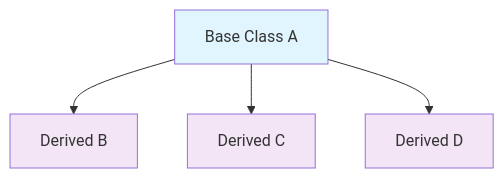
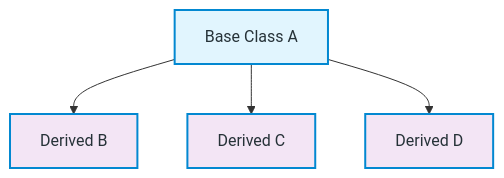
Before and after one commit to joyandrew-github/DSA_CPP: the fourth of 9 diagrams in OOPS/Inheritance/Inheritance_Types_Complete_Guide.md, drawn with Mermaid. The commit also changed other lines of this file, not shown here.

First line of the commit message:
docs: fix mermaid diagram colors for visibility

````diff
--- a/OOPS/Inheritance/Inheritance_Types_Complete_Guide.md
+++ b/OOPS/Inheritance/Inheritance_Types_Complete_Guide.md
@@ -170,10 +187,12 @@
 ```mermaid
 graph TD
     A[Base Class A] --> B[Derived B]
     A --> C[Derived C]
     A --> D[Derived D]
-    style A fill:#e1f5fe
-    style B fill:#f3e5f5
-    style C fill:#f3e5f5
-    style D fill:#f3e5f5
+    
+    classDef baseClass fill:#E1F5FE,color:#263238,stroke:#0288D1,stroke-width:2px
+    classDef derivedClass fill:#F3E5F5,color:#263238,stroke:#0288D1,stroke-width:2px
+    
+    class A baseClass
+    class B,C,D derivedClass
 ```
````
